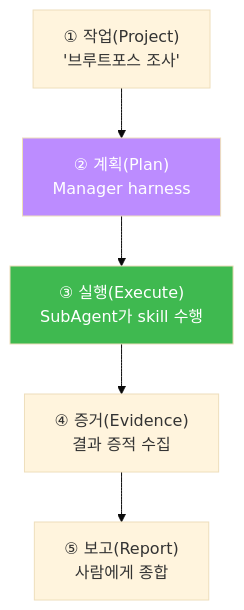
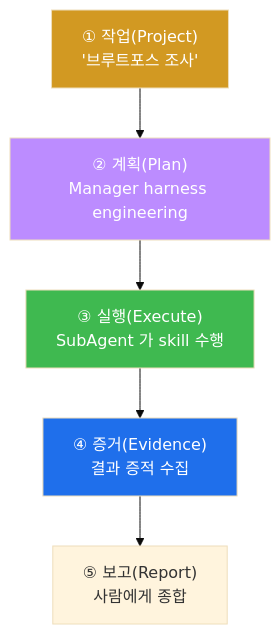
The second of 7 diagrams in contents/training/aisec/lecture_week05.md (mrgrit/tw2), drawn with Mermaid (base theme) before and after one commit. The commit also changed other lines of this file and 304 other files, not shown here.

````diff
--- a/contents/training/aisec/lecture_week05.md
+++ b/contents/training/aisec/lecture_week05.md
@@ -70,9 +126,11 @@
 ```mermaid
 graph TD
-    P["① 작업(Project)<br/>'브루트포스 조사'"] --> PL["② 계획(Plan)<br/>Manager harness"]
-    PL --> EX["③ 실행(Execute)<br/>SubAgent가 skill 수행"]
+    P["① 작업(Project)<br/>'브루트포스 조사'"] --> PL["② 계획(Plan)<br/>Manager harness engineering"]
+    PL --> EX["③ 실행(Execute)<br/>SubAgent 가 skill 수행"]
     EX --> EV["④ 증거(Evidence)<br/>결과 증적 수집"]
     EV --> RP["⑤ 보고(Report)<br/>사람에게 종합"]
+    style P fill:#d29922,color:#fff
     style PL fill:#bc8cff,color:#fff
     style EX fill:#3fb950,color:#fff
+    style EV fill:#1f6feb,color:#fff
 ```
````
